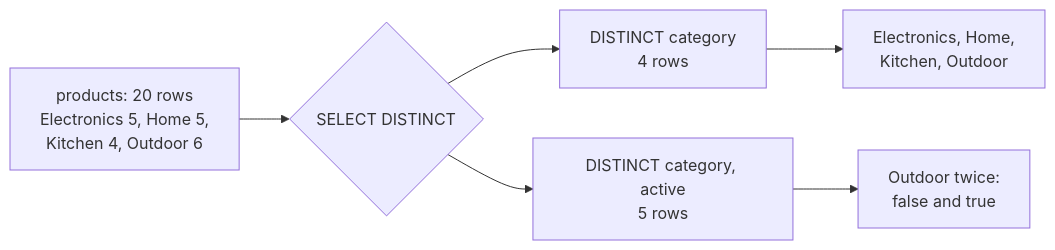
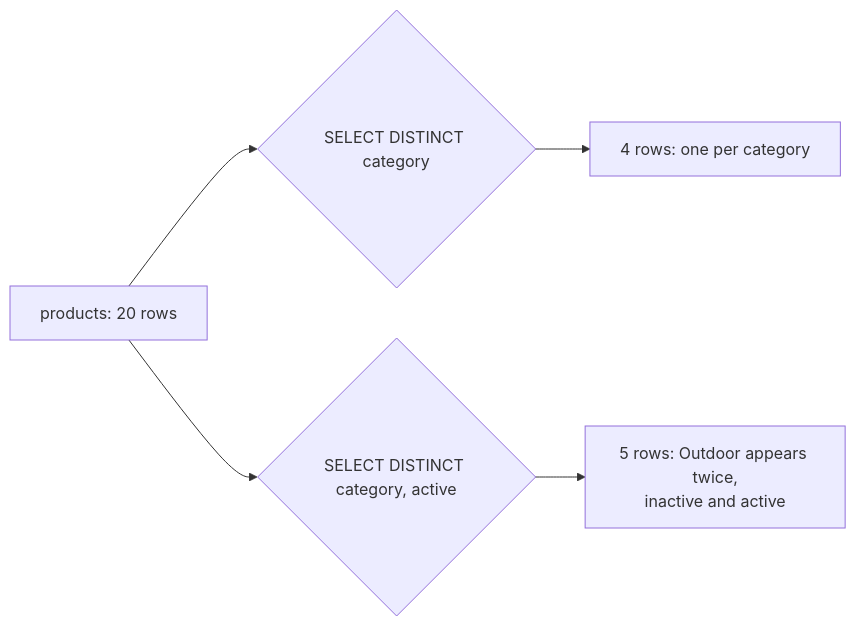
The diagram in web/src/data/content/f1.md (theakhandpatel/querycraft), drawn with Mermaid before and after one commit. The commit also changed other lines of this file and 61 other files, not shown here.

````diff
--- a/web/src/data/content/f1.md
+++ b/web/src/data/content/f1.md
@@ -36,8 +131,7 @@
 ```mermaid
 flowchart LR
-    A["products: 20 rows<br/>Electronics 5, Home 5,<br/>Kitchen 4, Outdoor 6"] --> B{"SELECT DISTINCT"}
-    B --> C["DISTINCT category<br/>4 rows"]
-    B --> D["DISTINCT category, active<br/>5 rows"]
-    C --> E["Electronics, Home,<br/>Kitchen, Outdoor"]
-    D --> F["Outdoor twice:<br/>false and true"]
+    A["products: 20 rows"] --> B{"SELECT DISTINCT category"}
+    A --> C{"SELECT DISTINCT category, active"}
+    B --> D["4 rows: one per category"]
+    C --> E["5 rows: Outdoor appears twice,<br/>inactive and active"]
 ```
````
